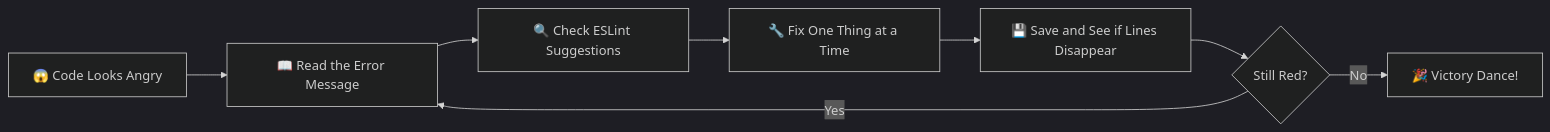
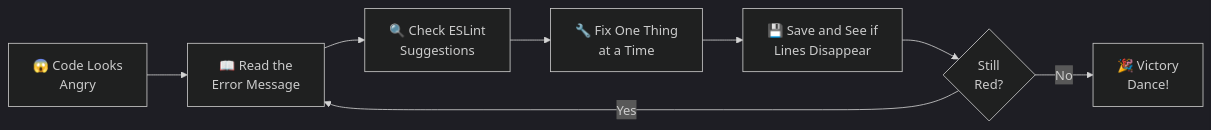
Before and after one commit to j4yh3m/alexandra-fizzbuzz-js: diagram 12 of 12 in docs/TOOLS_GLOSSARY.md, drawn with Mermaid (dark theme). The commit also changed other lines of this file and 2 other files, not shown here.

First line of the commit message:
fix: improve Mermaid diagram readability with better text wrapping

````diff
--- a/docs/TOOLS_GLOSSARY.md
+++ b/docs/TOOLS_GLOSSARY.md
@@ -419,10 +424,10 @@
 ```mermaid
 flowchart LR
-    A[😱 Code Looks Angry] --> B[📖 Read the Error Message]
-    B --> C[🔍 Check ESLint Suggestions]
-    C --> D[🔧 Fix One Thing at a Time]
-    D --> E[💾 Save and See if Lines Disappear]
-    E --> F{Still Red?}
+    A[😱 Code Looks<br/>Angry] --> B[📖 Read the<br/>Error Message]
+    B --> C[🔍 Check ESLint<br/>Suggestions]
+    C --> D[🔧 Fix One Thing<br/>at a Time]
+    D --> E[💾 Save and See if<br/>Lines Disappear]
+    E --> F{"Still<br/>Red?"}
     F -->|Yes| B
-    F -->|No| G[🎉 Victory Dance!]
+    F -->|No| G[🎉 Victory<br/>Dance!]
 ```
````
